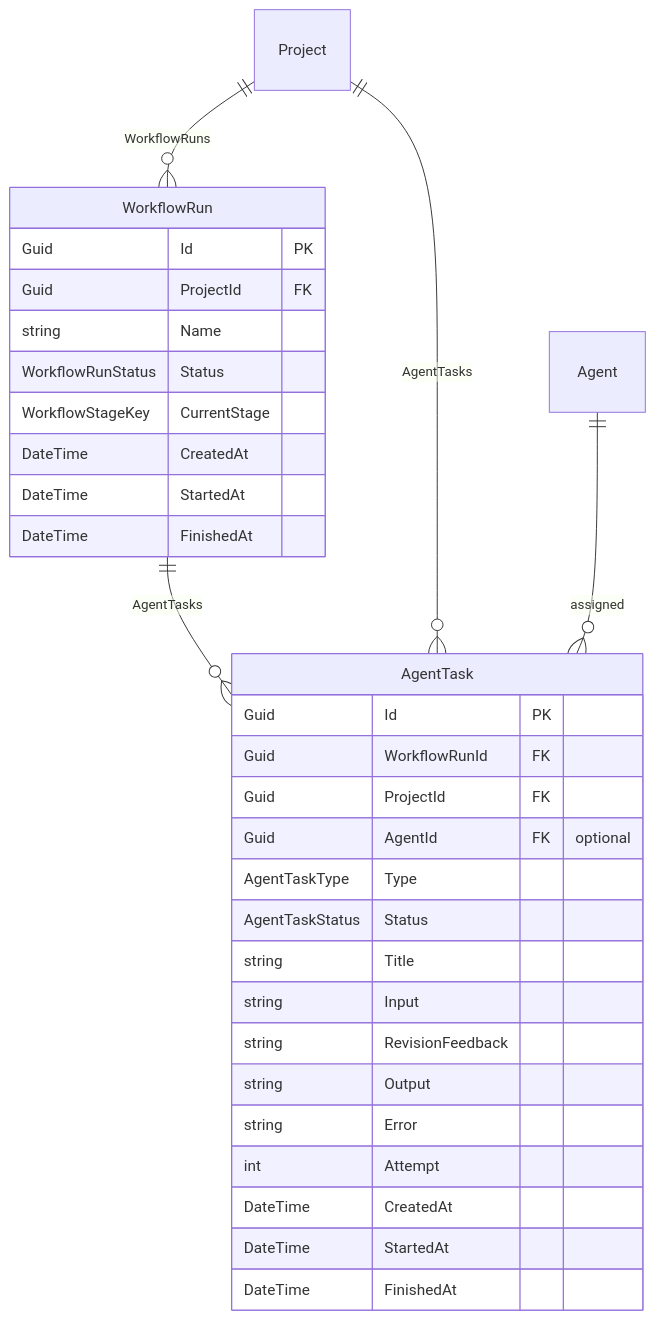
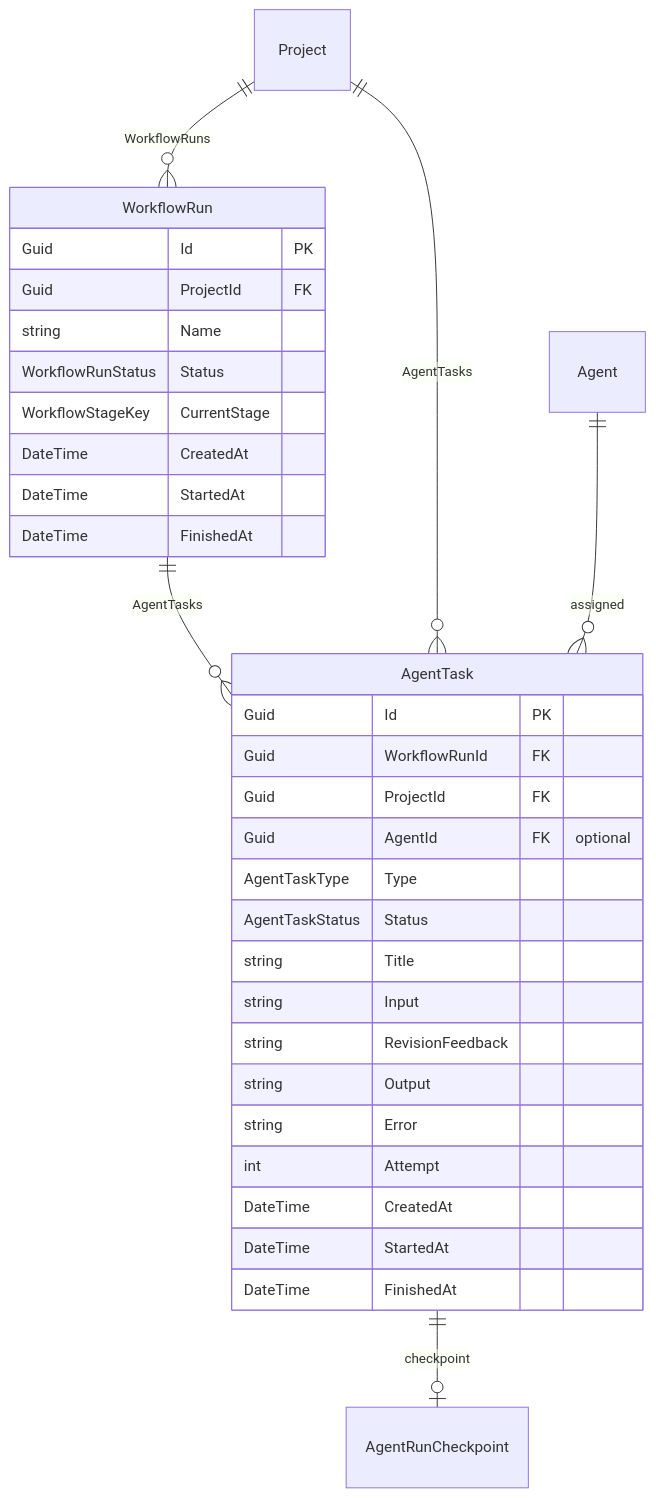
Before and after one commit to Songlong0506/ICOGenerator-v4: the third of 9 diagrams in docs/data-model.md, drawn with Mermaid. The commit also changed other lines of this file and 29 other files, not shown here.

````diff
--- a/docs/data-model.md
+++ b/docs/data-model.md
@@ -216,36 +217,37 @@
 ```mermaid
 erDiagram
     WorkflowRun {
         Guid Id PK
         Guid ProjectId FK
         string Name
         WorkflowRunStatus Status
         WorkflowStageKey CurrentStage
         DateTime CreatedAt
         DateTime StartedAt
         DateTime FinishedAt
     }
 
     AgentTask {
         Guid Id PK
         Guid WorkflowRunId FK
         Guid ProjectId FK
         Guid AgentId FK "optional"
         AgentTaskType Type
         AgentTaskStatus Status
         string Title
         string Input
         string RevisionFeedback
         string Output
         string Error
         int Attempt
         DateTime CreatedAt
         DateTime StartedAt
         DateTime FinishedAt
     }
 
     Project ||--o{ WorkflowRun : WorkflowRuns
     WorkflowRun ||--o{ AgentTask : AgentTasks
     Project ||--o{ AgentTask : AgentTasks
+    AgentTask ||--o| AgentRunCheckpoint : checkpoint
     Agent ||--o{ AgentTask : assigned
 ```
````
